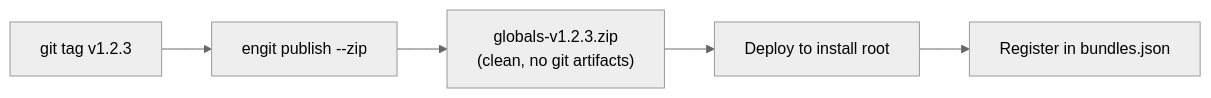
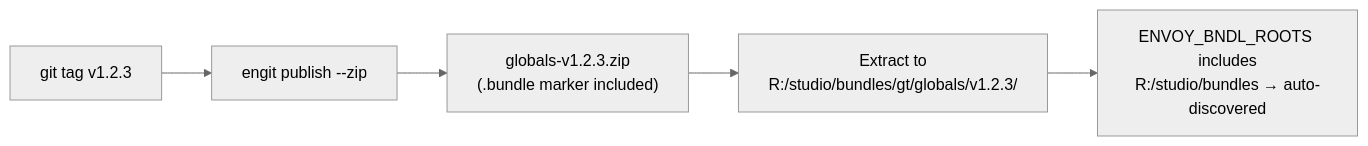
Before and after one commit to gtvfx-contrib/gt-envoy: the third of 3 diagrams in docs/bundle-discovery.md, drawn with Mermaid (neutral theme). The commit also changed other lines of this file and 4 other files, not shown here.

````diff
--- a/docs/bundle-discovery.md
+++ b/docs/bundle-discovery.md
@@ -135,7 +156,7 @@
 ```mermaid
 flowchart LR
     A[git tag v1.2.3] --> B[engit publish --zip]
-    B --> C["globals-v1.2.3.zip\n(clean, no git artifacts)"]
-    C --> D[Deploy to install root]
-    D --> E[Register in bundles.json]
+    B --> C["globals-v1.2.3.zip\n(.bundle marker included)"]
+    C --> D["Extract to\nR:/studio/bundles/gt/globals/v1.2.3/"]
+    D --> E["ENVOY_BNDL_ROOTS includes\nR:/studio/bundles → auto-discovered"]
 ```
````
